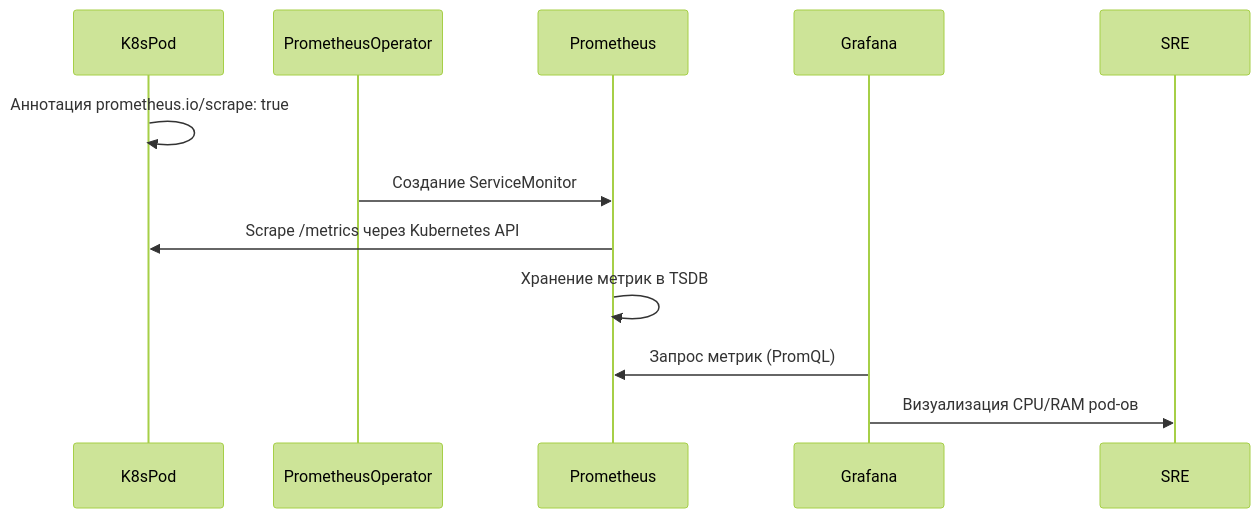
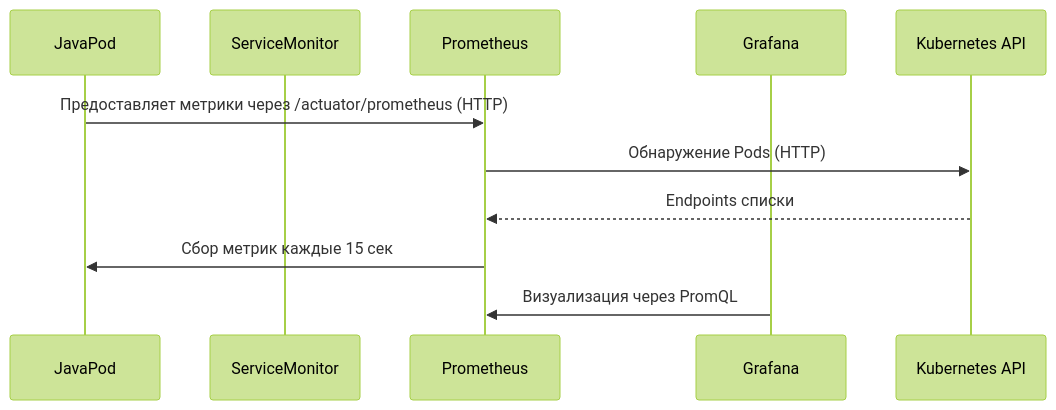
The fourth of 5 diagrams in Introduction_monitoring/README.md (lamjob1993/linux-monitoring), drawn with Mermaid (forest theme) before and after one commit. The commit also changed other lines of this file, not shown here.

````diff
--- a/Introduction_monitoring/README.md
+++ b/Introduction_monitoring/README.md
@@ -133,14 +133,13 @@
-```mermaid
-sequenceDiagram
-    participant K8sPod
-    participant PrometheusOperator
-    participant Prometheus
-    participant Grafana
+```mermaid  
+sequenceDiagram  
+    participant JavaPod  
+    participant ServiceMonitor  
+    participant Prometheus  
+    participant Grafana  
 
-    K8sPod->>K8sPod: Аннотация prometheus.io/scrape: true
-    PrometheusOperator->>Prometheus: Создание ServiceMonitor
-    Prometheus->>K8sPod: Scrape /metrics через Kubernetes API
-    Prometheus->>Prometheus: Хранение метрик в TSDB
-    Grafana->>Prometheus: Запрос метрик (PromQL)
-    Grafana->>SRE: Визуализация CPU/RAM pod-ов
-```
+    JavaPod->>Prometheus: Предоставляет метрики через /actuator/prometheus (HTTP)  
+    Prometheus->>Kubernetes API: Обнаружение Pods (HTTP)  
+    Kubernetes API-->>Prometheus: Endpoints списки  
+    Prometheus->>JavaPod: Сбор метрик каждые 15 сек  
+    Grafana->>Prometheus: Визуализация через PromQL  
+```  
````
